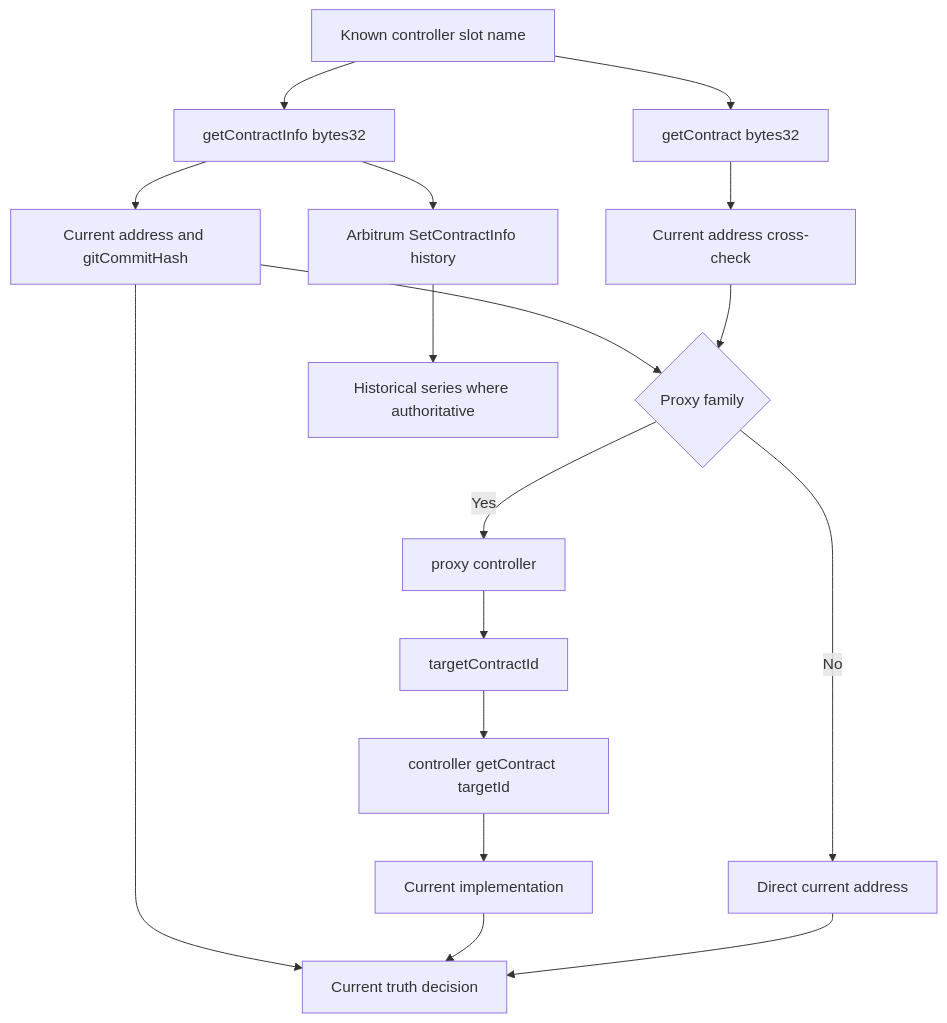
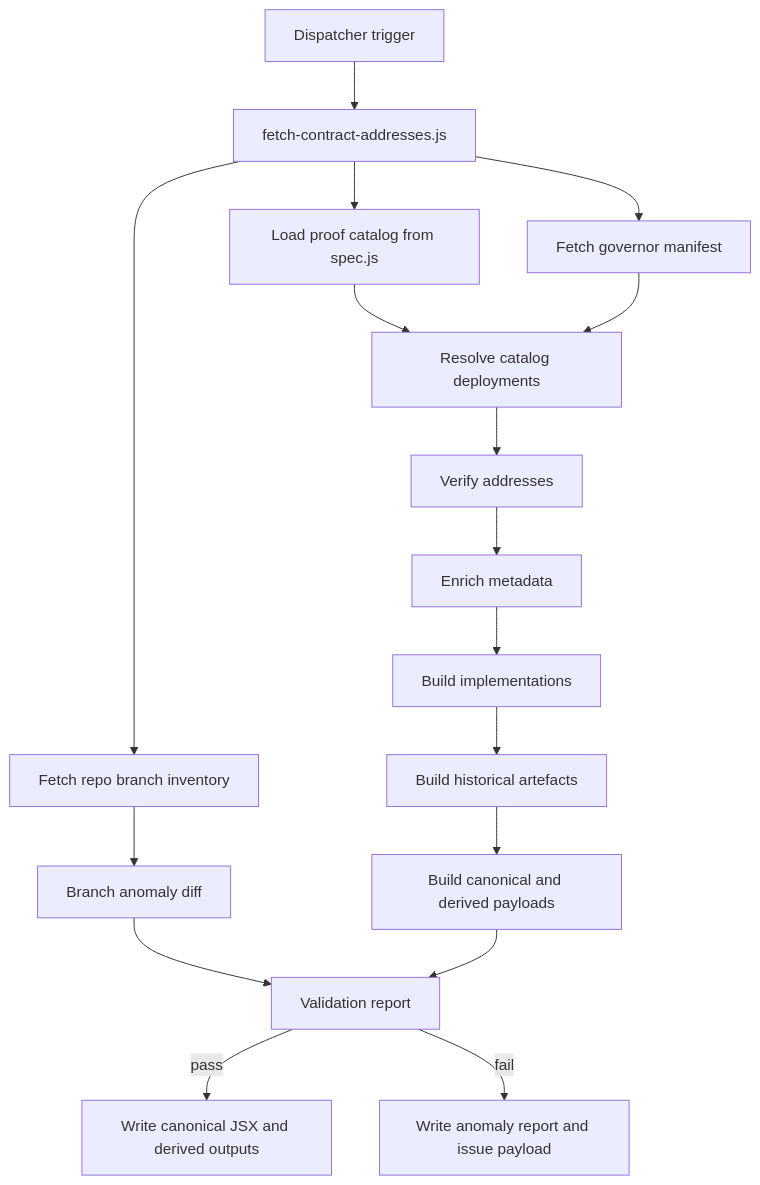
The diagram in workspace/plan/active/CONTRACTS/Canonical/livepeer-contracts-pipeline.mdx (its-DeFine/docs), drawn with Mermaid before and after one commit. The commit also changed other lines of this file and 89 other files, not shown here.

````diff
--- a/workspace/plan/active/CONTRACTS/Canonical/livepeer-contracts-pipeline.mdx
+++ b/workspace/plan/active/CONTRACTS/Canonical/livepeer-contracts-pipeline.mdx
@@ -210,19 +33,19 @@
 ```mermaid
-graph TD
-    A[Known controller slot name] --> B[getContractInfo bytes32]
-    A --> C[getContract bytes32]
-    B --> D[Current address and gitCommitHash]
-    C --> E[Current address cross-check]
-    D --> F{Proxy family}
-    E --> F
-    F -->|Yes| G[proxy controller]
-    G --> H[targetContractId]
-    H --> I[controller getContract targetId]
-    I --> J[Current implementation]
-    F -->|No| K[Direct current address]
-    B --> L[Arbitrum SetContractInfo history]
-    L --> M[Historical series where authoritative]
-    D --> N[Current truth decision]
-    J --> N
-    K --> N
+flowchart TD
+    A[Dispatcher trigger] --> B[fetch-contract-addresses.js]
+    B --> C[Load proof catalog from spec.js]
+    B --> D[Fetch governor manifest]
+    B --> E[Fetch repo branch inventory]
+    C --> F[Resolve catalog deployments]
+    D --> F
+    E --> G[Branch anomaly diff]
+    F --> H[Verify addresses]
+    H --> I[Enrich metadata]
+    I --> J[Build implementations]
+    J --> K[Build historical artefacts]
+    K --> L[Build canonical and derived payloads]
+    G --> M[Validation report]
+    L --> M
+    M -->|pass| N[Write canonical JSX and derived outputs]
+    M -->|fail| O[Write anomaly report and issue payload]
 ```
````
